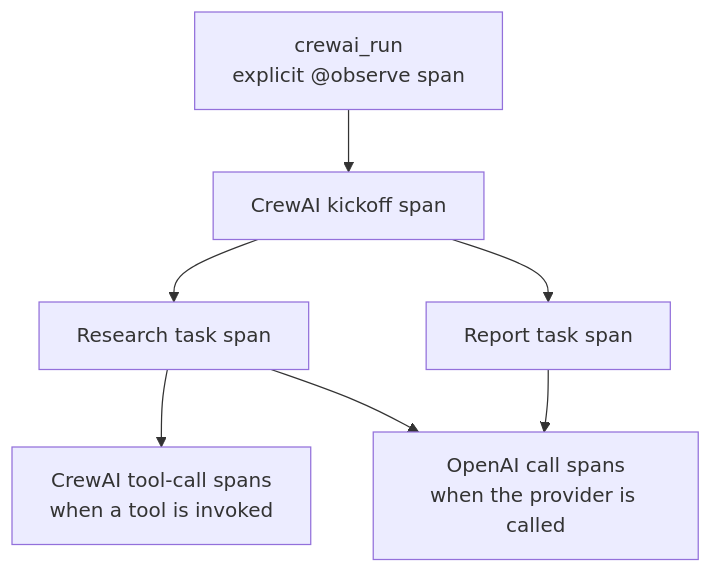
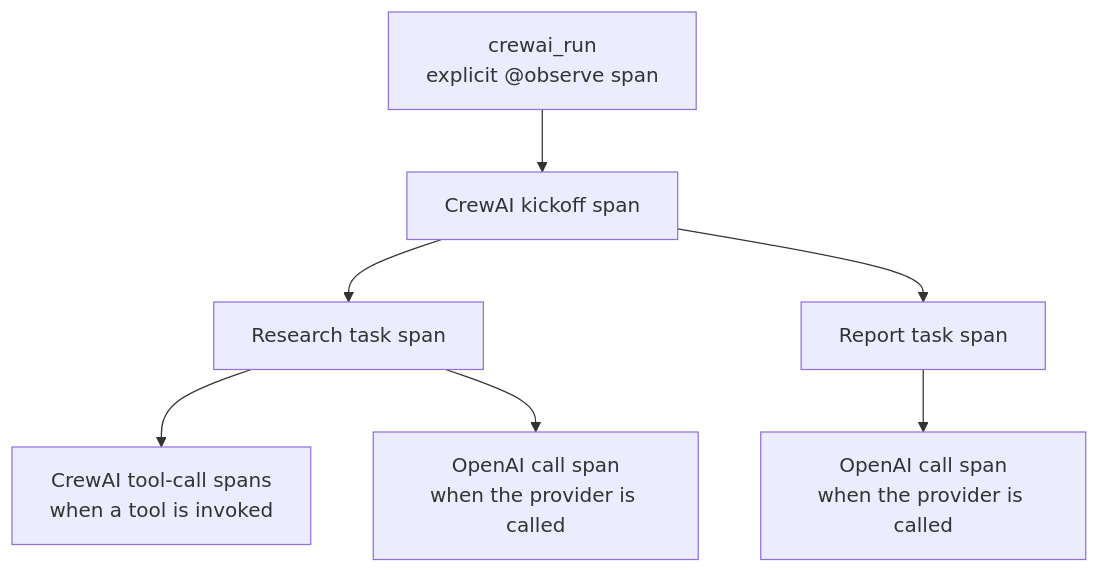
Before and after one commit to traceroot-ai/traceroot: the second of 2 diagrams in examples/python/crewai-agent/README.md, drawn with Mermaid. The commit also changed 2 other files, not shown here.

Commit message:
docs(examples): address review feedback on span diagrams

````diff
--- a/examples/python/crewai-agent/README.md
+++ b/examples/python/crewai-agent/README.md
@@ -58,9 +58,9 @@
 ```mermaid
 graph TD
     Run["crewai_run<br/>explicit @observe span"] --> Crew["CrewAI kickoff span"]
     Crew --> Research["Research task span"]
     Crew --> Report["Report task span"]
     Research --> Tool["CrewAI tool-call spans<br/>when a tool is invoked"]
-    Research --> Model["OpenAI call spans<br/>when the provider is called"]
-    Report --> Model
+    Research --> ResearchModel["OpenAI call span<br/>when the provider is called"]
+    Report --> ReportModel["OpenAI call span<br/>when the provider is called"]
 ```
````
